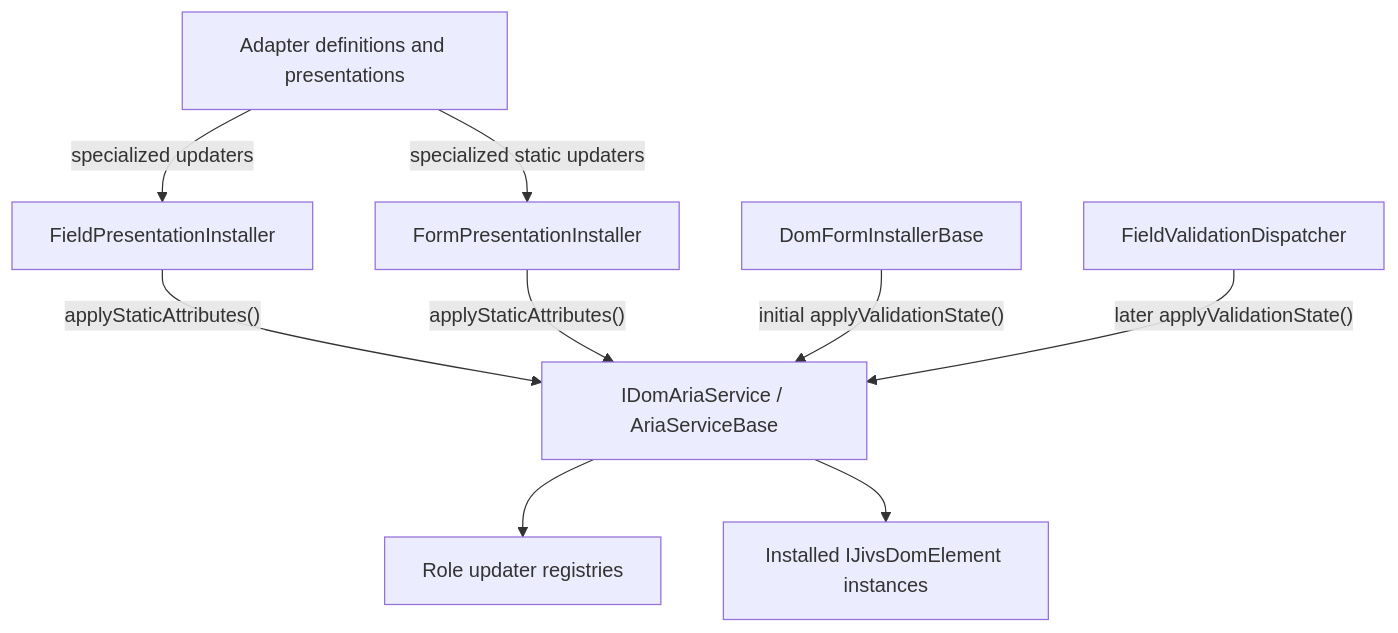
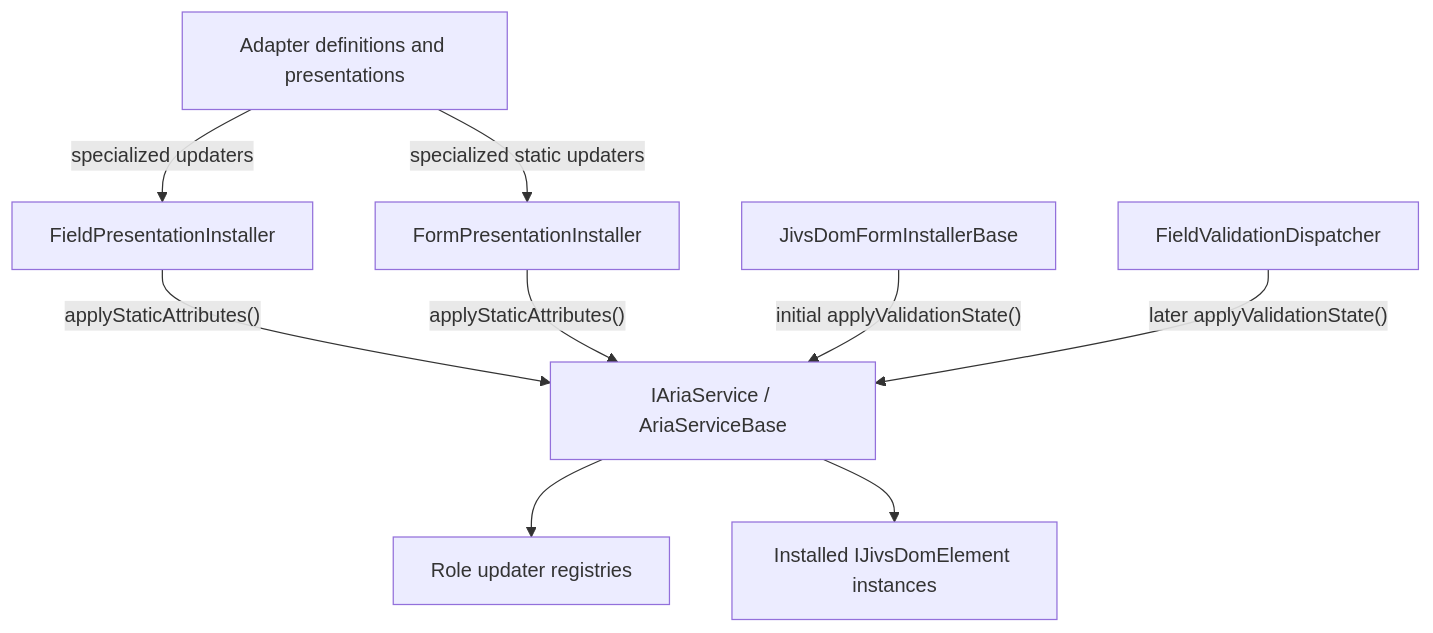
The seventh of 13 diagrams in planning/Jivs-DOM_Implementation_Design.md (plblum/jivs), drawn with Mermaid before and after one commit. The commit also changed other lines of this file and 31 other files, not shown here.

Commit message:
Rename a few things in jivs-dom

````diff
--- a/planning/Jivs-DOM_Implementation_Design.md
+++ b/planning/Jivs-DOM_Implementation_Design.md
@@ -2941,20 +2940,20 @@
 ```mermaid
 flowchart TB
     Providers["Adapter definitions and presentations"]
     FieldInstaller["FieldPresentationInstaller"]
     FormInstaller["FormPresentationInstaller"]
-    Coordinator["DomFormInstallerBase"]
+    Coordinator["JivsDomFormInstallerBase"]
     Dispatcher["FieldValidationDispatcher"]
-    Service["IDomAriaService / AriaServiceBase"]
+    Service["IAriaService / AriaServiceBase"]
     Registry["Role updater registries"]
     Elements["Installed IJivsDomElement instances"]
 
     Providers -->|"specialized updaters"| FieldInstaller
     Providers -->|"specialized static updaters"| FormInstaller
     FieldInstaller -->|"applyStaticAttributes()"| Service
     FormInstaller -->|"applyStaticAttributes()"| Service
     Coordinator -->|"initial applyValidationState()"| Service
     Dispatcher -->|"later applyValidationState()"| Service
     Service --> Registry
     Service --> Elements
 ```
````
